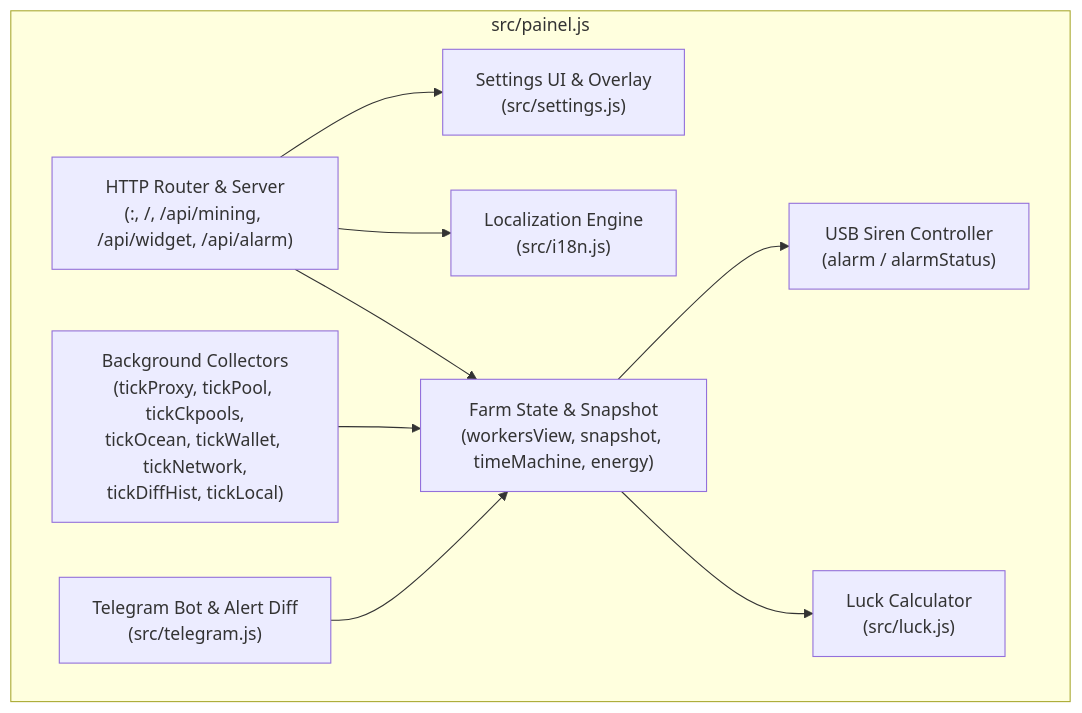
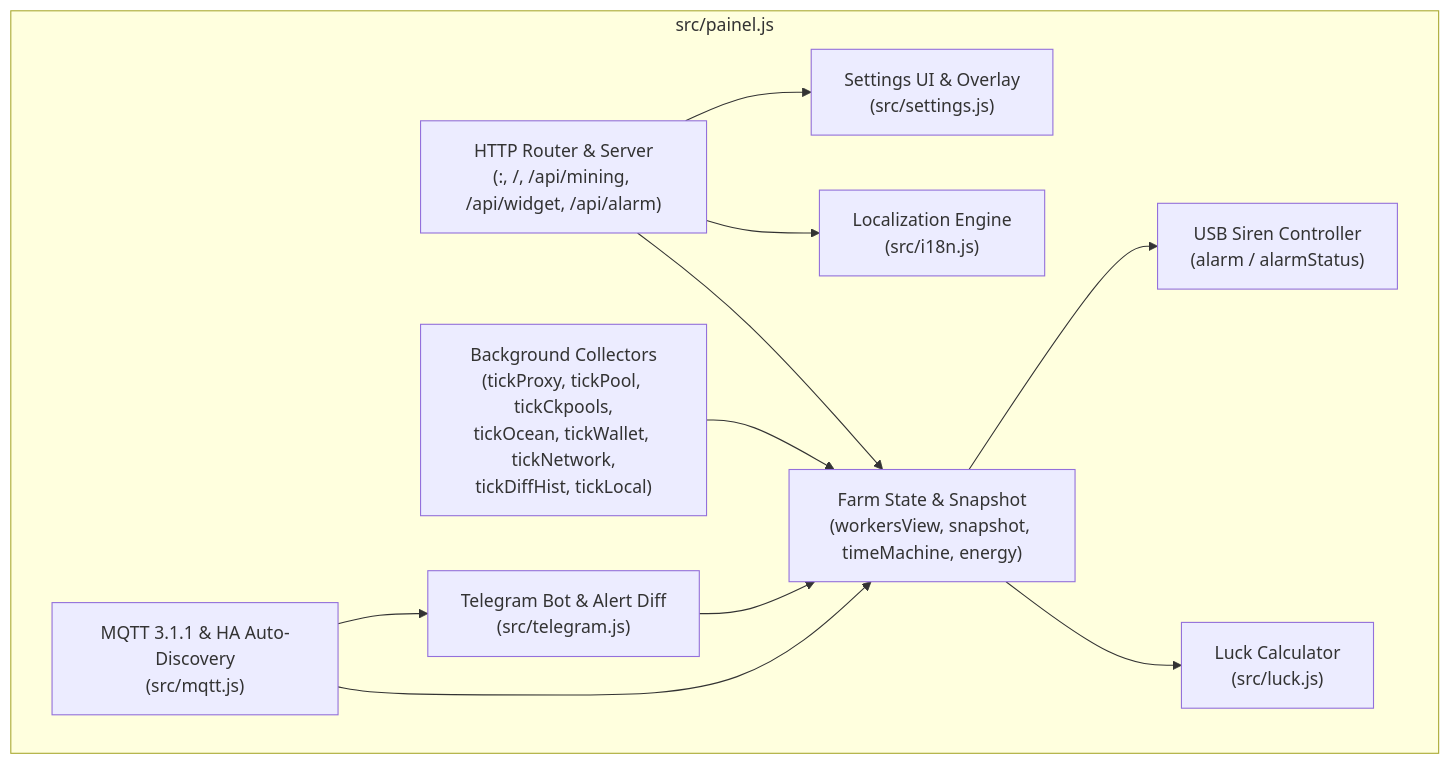
Before and after one commit to Modanez/HomeMinerProxy: the fourth of 6 diagrams in docs/c4/README.md, drawn with Mermaid. The commit also changed other lines of this file and 22 other files, not shown here.

Commit message:
feat: add zero-dependency MQTT 3.1.1 client and Home Assistant Auto-Discovery

````diff
--- a/docs/c4/README.md
+++ b/docs/c4/README.md
@@ -138,21 +141,24 @@
 ```mermaid
 flowchart TB
     subgraph PainelProcess["src/painel.js"]
         HTTPServer["HTTP Router & Server\n(:, /, /api/mining, /api/widget, /api/alarm)"]
         Collectors["Background Collectors\n(tickProxy, tickPool, tickCkpools,\ntickOcean, tickWallet, tickNetwork,\ntickDiffHist, tickLocal)"]
         StateEngine["Farm State & Snapshot\n(workersView, snapshot, timeMachine, energy)"]
         LuckMod["Luck Calculator\n(src/luck.js)"]
         I18nMod["Localization Engine\n(src/i18n.js)"]
         SettingsMod["Settings UI & Overlay\n(src/settings.js)"]
         TelegramMod["Telegram Bot & Alert Diff\n(src/telegram.js)"]
+        MqttMod["MQTT 3.1.1 & HA Auto-Discovery\n(src/mqtt.js)"]
         AlarmMod["USB Siren Controller\n(alarm / alarmStatus)"]
     end
 
     Collectors --> StateEngine
     StateEngine --> LuckMod
     StateEngine --> AlarmMod
     HTTPServer --> StateEngine
     HTTPServer --> I18nMod
     HTTPServer --> SettingsMod
     TelegramMod --> StateEngine
+    MqttMod --> StateEngine
+    MqttMod --> TelegramMod
 ```
````
